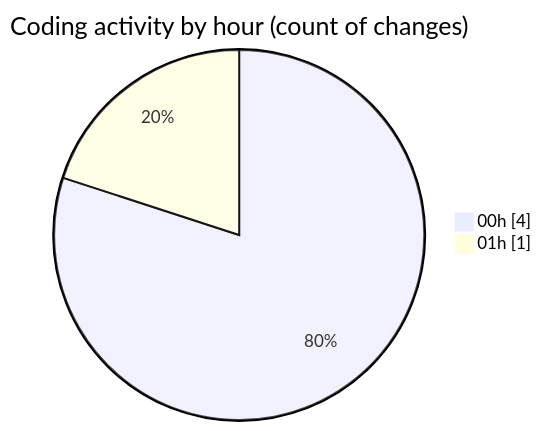
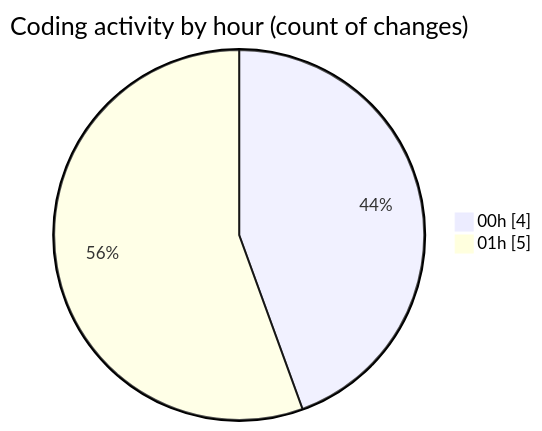
Before and after one commit to EIIisD/code-tracking: the second of 2 diagrams in 2025-08-11/transactions-new/README.md, drawn with Mermaid. The commit also changed other lines of this file and 1 other file, not shown here.

````diff
--- a/2025-08-11/transactions-new/README.md
+++ b/2025-08-11/transactions-new/README.md
@@ -33,6 +37,6 @@
 ```mermaid
 pie showData
 title Coding activity by hour (count of changes)
 "00h" : 4
-"01h" : 1
+"01h" : 5
 ```
````
